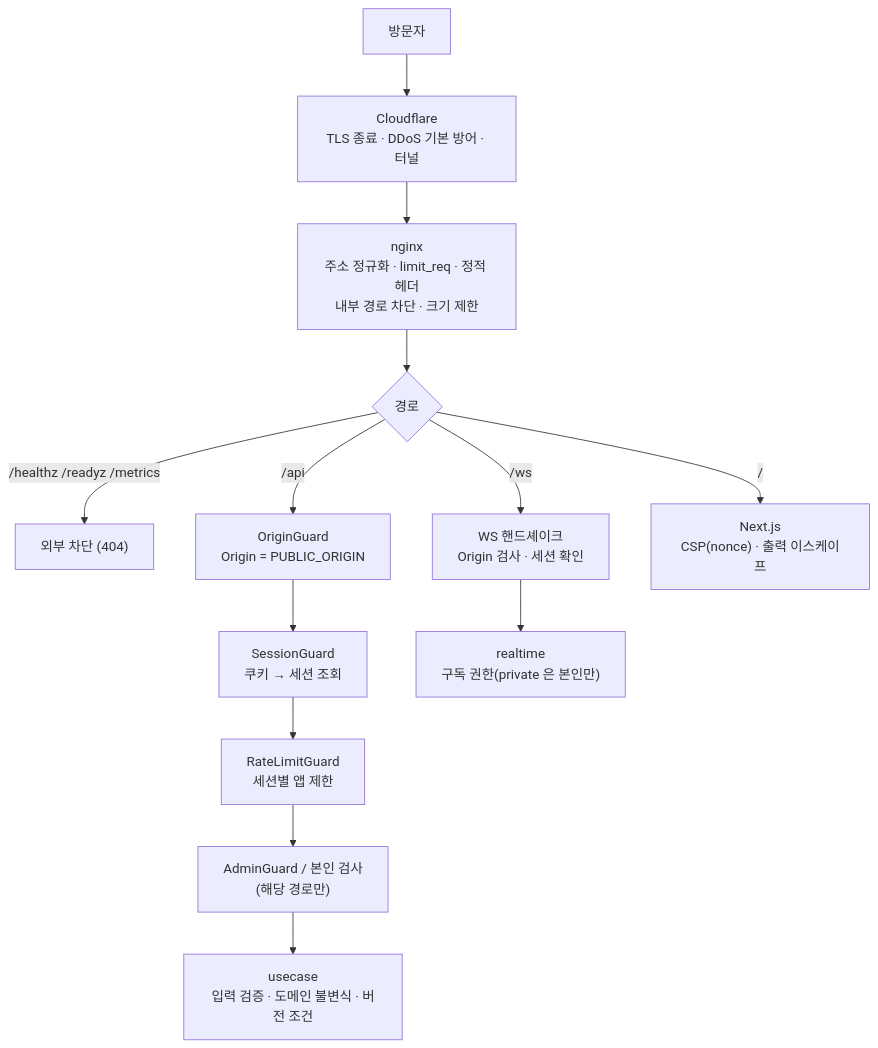
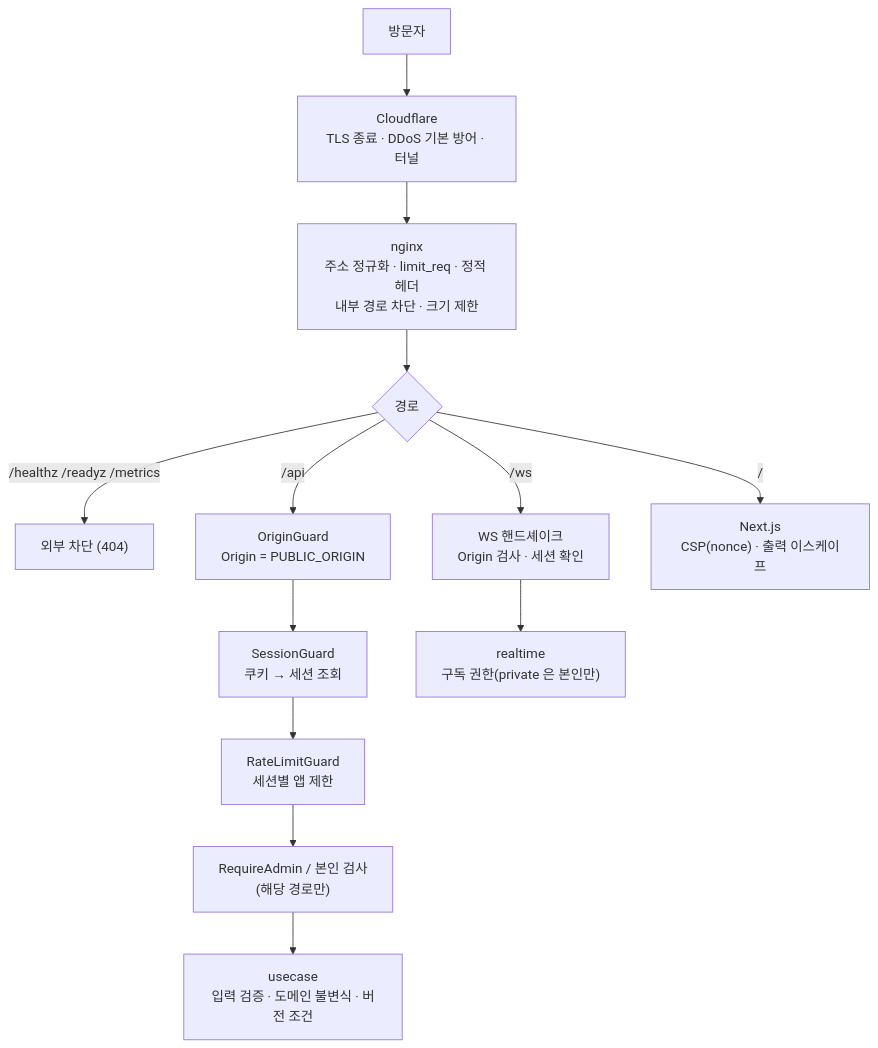
The first of 4 diagrams in docs/design/10-security.md (1985jwlee/portpolio_backend), drawn with Mermaid before and after one commit. The commit also changed other lines of this file and 33 other files, not shown here.

````diff
--- a/docs/design/10-security.md
+++ b/docs/design/10-security.md
@@ -13,15 +13,15 @@
 ```mermaid
 flowchart TD
     V["방문자"] --> CF["Cloudflare<br/>TLS 종료 · DDoS 기본 방어 · 터널"]
     CF --> PX["nginx<br/>주소 정규화 · limit_req · 정적 헤더<br/>내부 경로 차단 · 크기 제한"]
     PX --> Q{"경로"}
     Q -- "/healthz /readyz /metrics" --> BLK["외부 차단 (404)"]
     Q -- "/api" --> OG["OriginGuard<br/>Origin = PUBLIC_ORIGIN"]
     Q -- "/ws" --> WH["WS 핸드셰이크<br/>Origin 검사 · 세션 확인"]
     Q -- "/" --> NX["Next.js<br/>CSP(nonce) · 출력 이스케이프"]
     OG --> SG["SessionGuard<br/>쿠키 → 세션 조회"]
     SG --> RG["RateLimitGuard<br/>세션별 앱 제한"]
-    RG --> AG["AdminGuard / 본인 검사<br/>(해당 경로만)"]
+    RG --> AG["RequireAdmin / 본인 검사<br/>(해당 경로만)"]
     AG --> UC["usecase<br/>입력 검증 · 도메인 불변식 · 버전 조건"]
     WH --> RT["realtime<br/>구독 권한(private 은 본인만)"]
 ```
````
